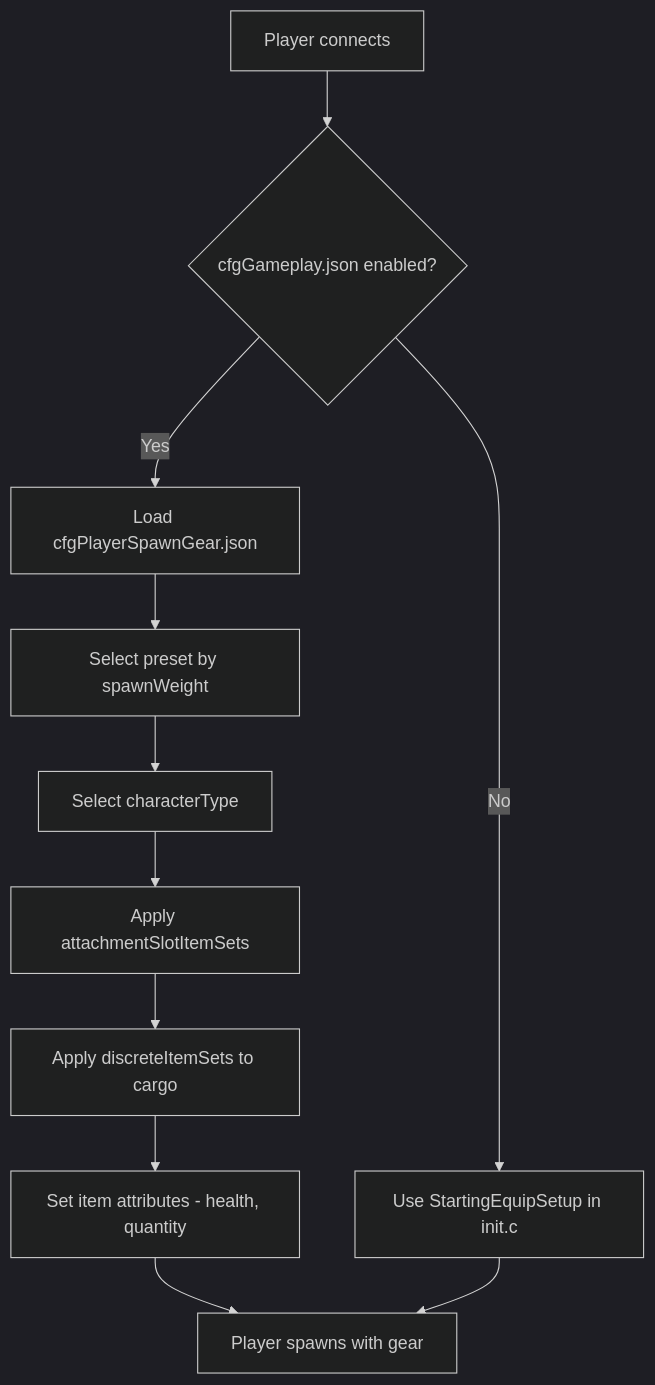
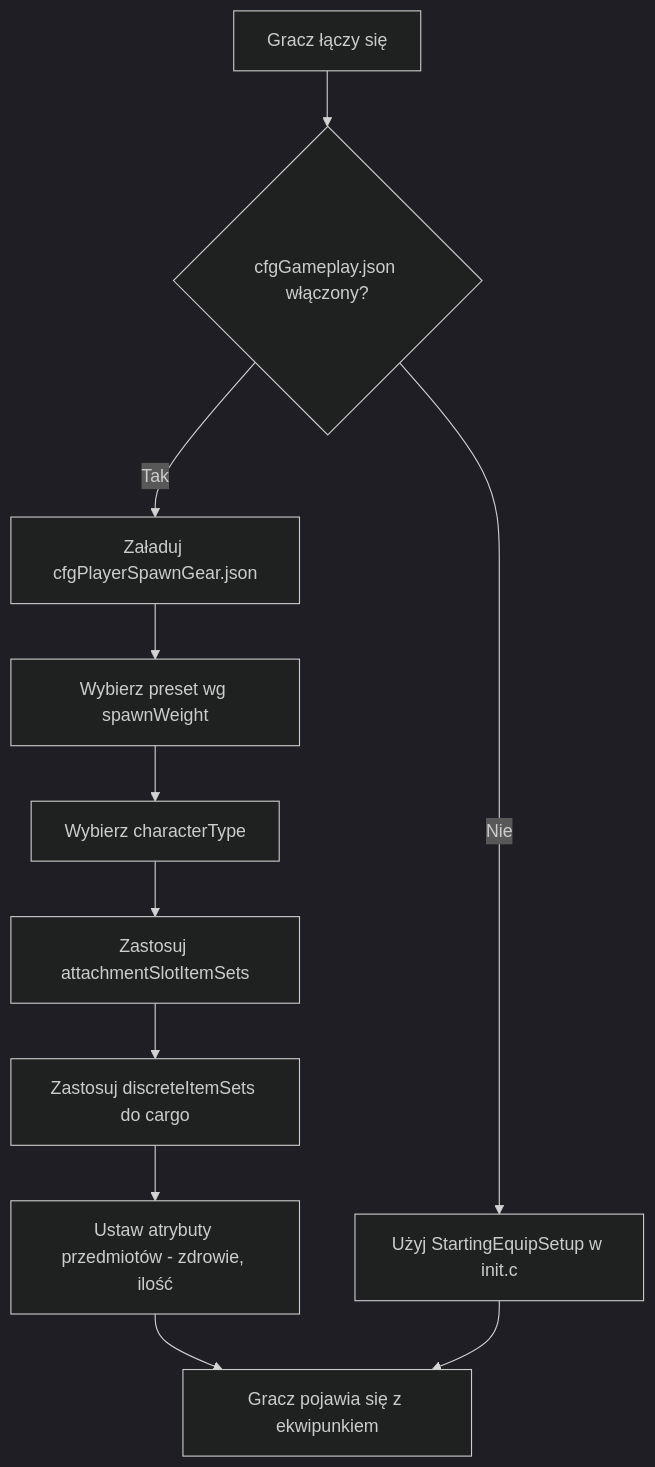
The diagram in pl/05-config-files/06-spawning-gear.md (StarDZ-Team/DayZ-Modding-Wiki), drawn with Mermaid (dark theme) before and after one commit. The commit also changed other lines of this file and 6 other files, not shown here.

````diff
--- a/pl/05-config-files/06-spawning-gear.md
+++ b/pl/05-config-files/06-spawning-gear.md
@@ -41,13 +43,13 @@
 ```mermaid
 flowchart TD
-    A[Player connects] --> B{cfgGameplay.json enabled?}
-    B -->|Yes| C[Load cfgPlayerSpawnGear.json]
-    B -->|No| D[Use StartingEquipSetup in init.c]
-    C --> E[Select preset by spawnWeight]
-    E --> F[Select characterType]
-    F --> G[Apply attachmentSlotItemSets]
-    G --> H[Apply discreteItemSets to cargo]
-    H --> I[Set item attributes - health, quantity]
-    I --> J[Player spawns with gear]
+    A[Gracz łączy się] --> B{cfgGameplay.json włączony?}
+    B -->|Tak| C[Załaduj cfgPlayerSpawnGear.json]
+    B -->|Nie| D[Użyj StartingEquipSetup w init.c]
+    C --> E[Wybierz preset wg spawnWeight]
+    E --> F[Wybierz characterType]
+    F --> G[Zastosuj attachmentSlotItemSets]
+    G --> H[Zastosuj discreteItemSets do cargo]
+    H --> I[Ustaw atrybuty przedmiotów - zdrowie, ilość]
+    I --> J[Gracz pojawia się z ekwipunkiem]
     D --> J
 ```
````
